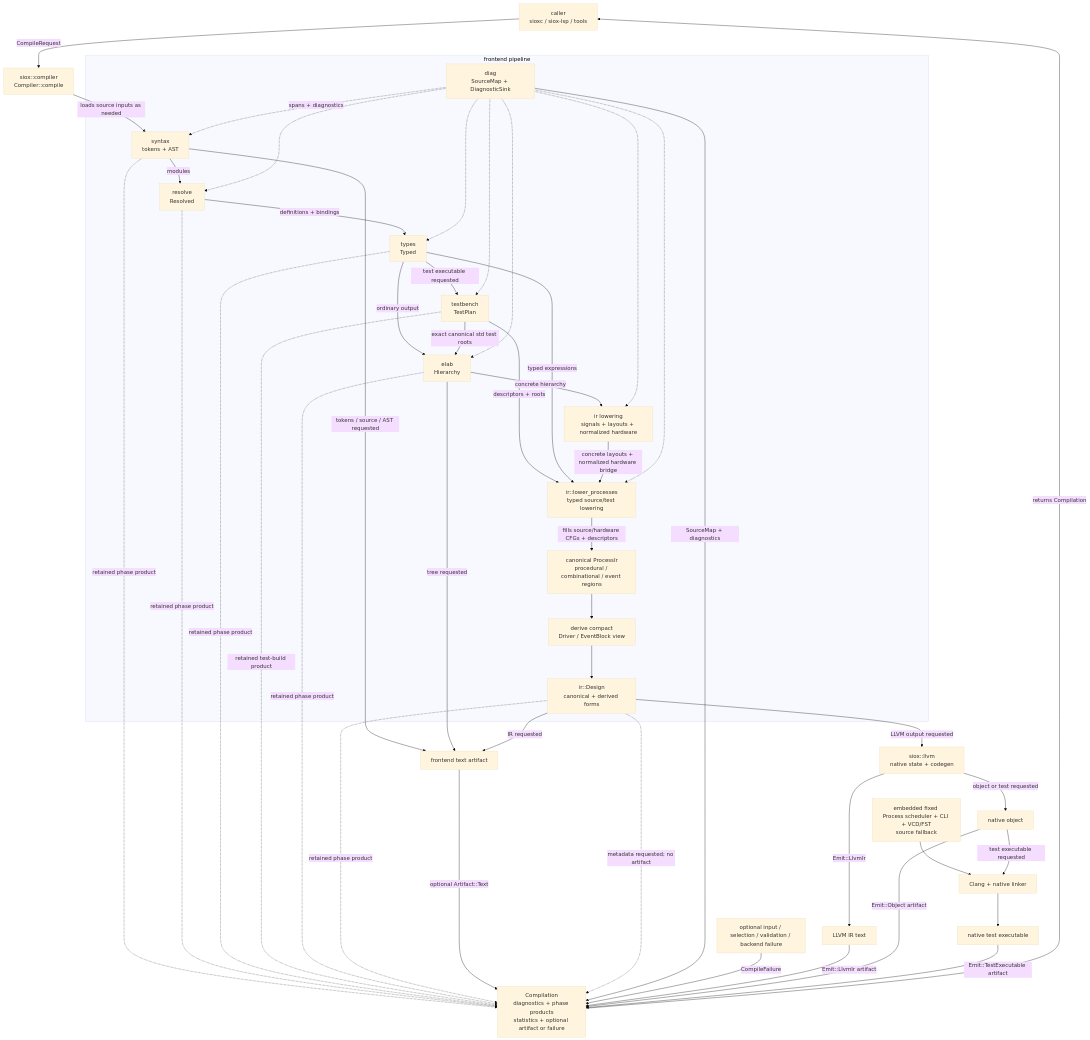
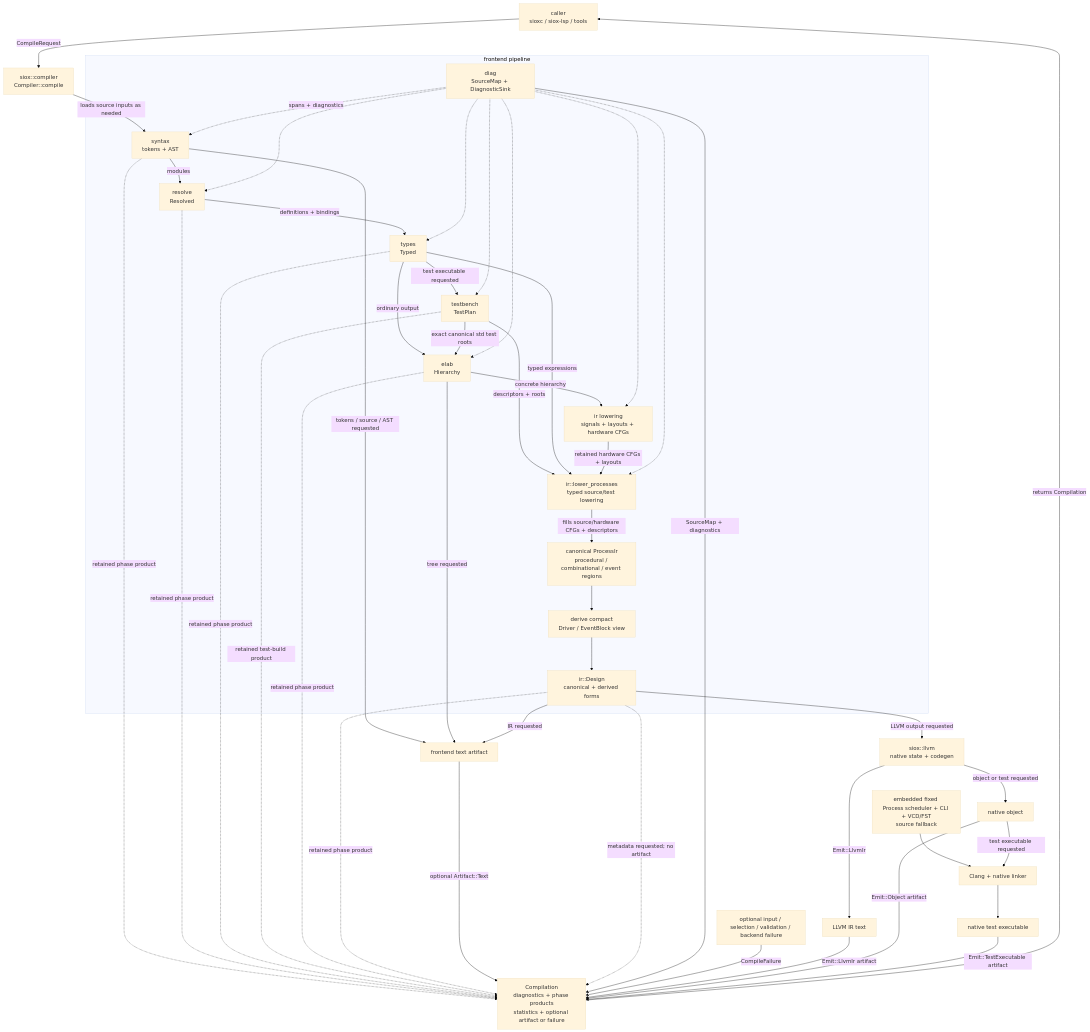
Before and after one commit to Siox-lang/sioxc: the first of 4 diagrams in docs/architecture.md, drawn with Mermaid (base theme). The commit also changed other lines of this file and 21 other files, not shown here.

````diff
--- a/docs/architecture.md
+++ b/docs/architecture.md
@@ -95,54 +95,54 @@
 ```mermaid
 flowchart TB
     CALL["caller<br/>sioxc / siox-lsp / tools"] -->|CompileRequest| API["siox::compiler<br/>Compiler::compile"]
     API -->|loads source inputs as needed| SY
 
     subgraph FRONTEND["frontend pipeline"]
         SY["syntax<br/>tokens + AST"] -->|modules| RE["resolve<br/>Resolved"]
         RE -->|definitions + bindings| TY["types<br/>Typed"]
         TY -->|ordinary output| EL["elab<br/>Hierarchy"]
         TY -->|test executable requested| TESTPLAN["testbench<br/>TestPlan"]
         TESTPLAN -->|exact canonical std test roots| EL
-        EL -->|concrete hierarchy| DIGITAL["ir lowering<br/>signals + layouts + normalized hardware"]
+        EL -->|concrete hierarchy| DIGITAL["ir lowering<br/>signals + layouts + hardware CFGs"]
         TESTPLAN -->|descriptors + roots| PROCESS_LOWER["ir::lower_processes<br/>typed source/test lowering"]
         TY -->|typed expressions| PROCESS_LOWER
-        DIGITAL -->|concrete layouts + normalized hardware bridge| PROCESS_LOWER
+        DIGITAL -->|retained hardware CFGs + layouts| PROCESS_LOWER
         PROCESS_LOWER -->|fills source/hardware CFGs + descriptors| PROCESSIR["canonical ProcessIr<br/>procedural / combinational / event regions"]
         PROCESSIR --> DERIVE["derive compact<br/>Driver / EventBlock view"]
         DERIVE --> DESIGN["ir::Design<br/>canonical + derived forms"]
 
         DIAG["diag<br/>SourceMap + DiagnosticSink"] -. spans + diagnostics .-> SY
         DIAG -.-> RE
         DIAG -.-> TY
         DIAG -.-> TESTPLAN
         DIAG -.-> EL
         DIAG -.-> DIGITAL
         DIAG -.-> PROCESS_LOWER
     end
 
     DESIGN -->|LLVM output requested| LL["siox::llvm<br/>native state + codegen"]
     PROCESS_RUNTIME["embedded fixed Process scheduler + CLI + VCD/FST<br/>source fallback"] --> LINK
     LL -->|Emit::LlvmIr| LLVM_TEXT["LLVM IR text"]
     LL -->|object or test requested| OBJ["native object"]
     OBJ -->|test executable requested| LINK["Clang + native linker"]
     LINK --> TEST["native test executable"]
 
     SY -->|tokens / source / AST requested| FRONT_TEXT["frontend text artifact"]
     EL -->|tree requested| FRONT_TEXT
     DESIGN -->|IR requested| FRONT_TEXT
 
     SY -. retained phase product .-> RESULT
     RE -. retained phase product .-> RESULT
     TY -. retained phase product .-> RESULT
     TESTPLAN -. retained test-build product .-> RESULT
     EL -. retained phase product .-> RESULT
     DESIGN -. retained phase product .-> RESULT
     FRONT_TEXT -->|optional Artifact::Text| RESULT["Compilation<br/>diagnostics + phase products<br/>statistics + optional artifact or failure"]
     DESIGN -. metadata requested; no artifact .-> RESULT
     DIAG -->|SourceMap + diagnostics| RESULT
     FAILURE["optional input / selection / validation / backend failure"] -->|CompileFailure| RESULT
     LLVM_TEXT -->|Emit::LlvmIr artifact| RESULT
     OBJ -->|Emit::Object artifact| RESULT
     TEST -->|Emit::TestExecutable artifact| RESULT
     RESULT -->|returns Compilation| CALL
 ```
````
